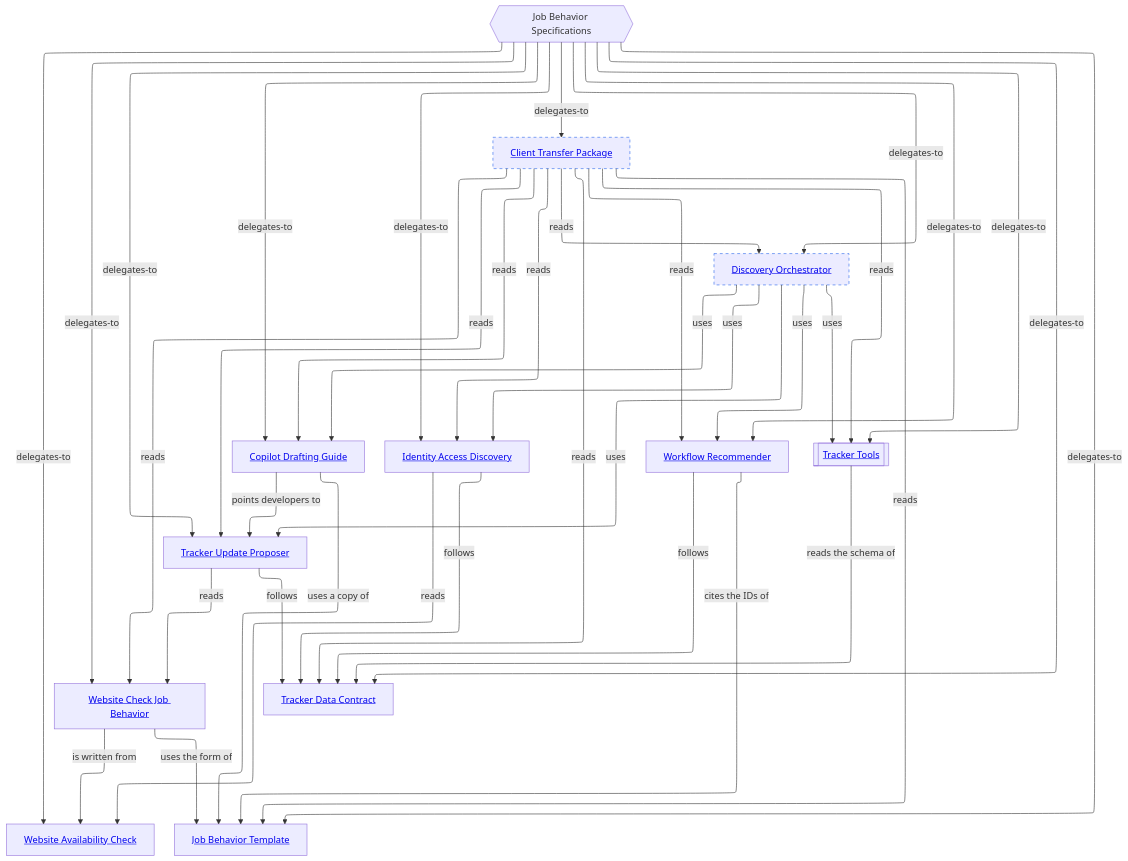
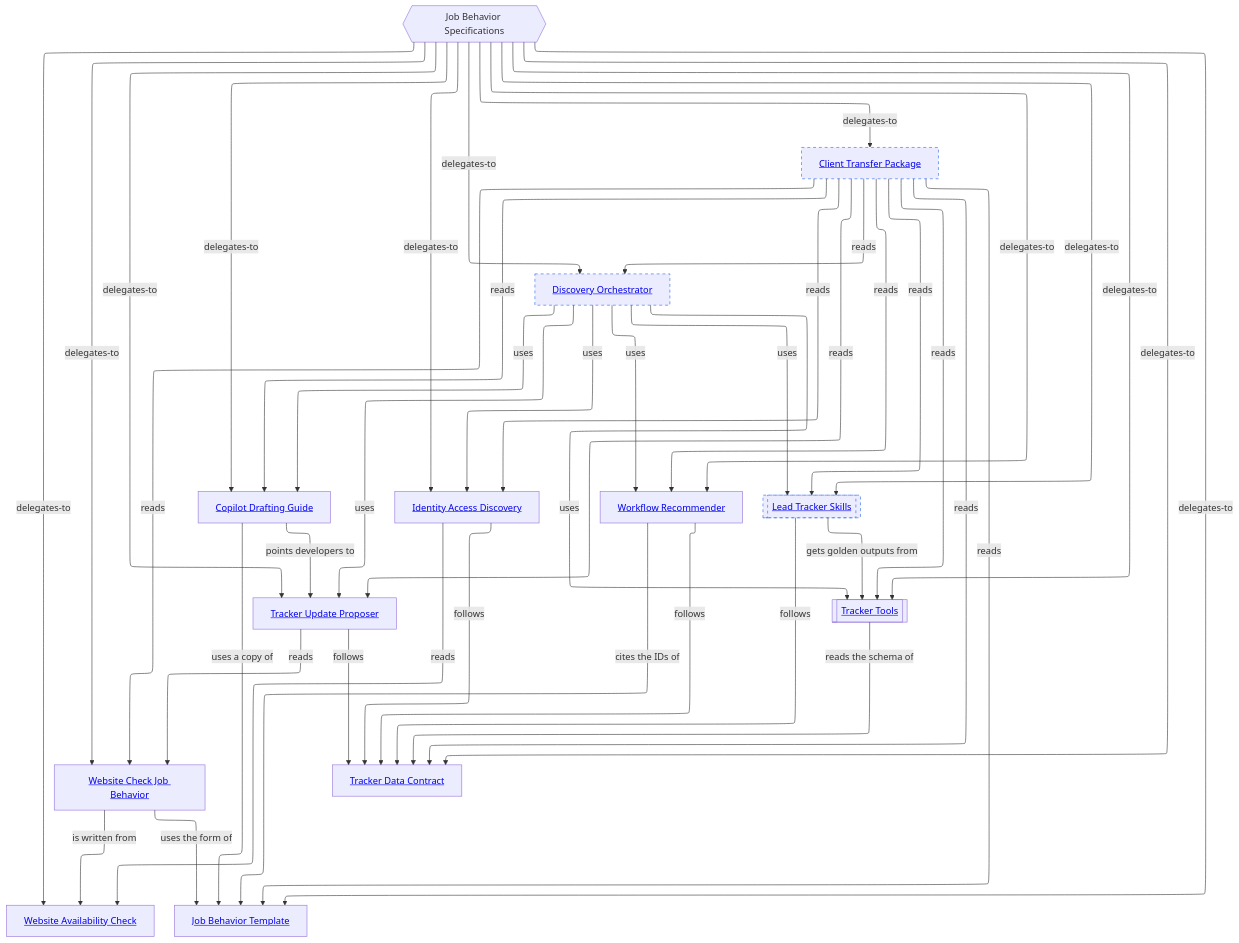
One commit to vrparthasarathy/migration-job-discovery changed the second of 2 diagrams in README.md. Above: the diagram before and after it, drawn with Mermaid. The commit also changed other lines of this file and 34 other files, not shown here.

Commit message:
Plan Lead Tracker Skills.

````diff
--- a/README.md
+++ b/README.md
@@ -140,57 +144,63 @@
 ```mermaid
 ---
 config:
   layout: elk
 ---
 %%{init: {"securityLevel": "loose"}}%%
 flowchart TB
   root{{"Job Behavior Specifications"}}
   check["<a href='website-availability-check/README.md#diagram'>Website Availability Check</a>"]
   tmpl["<a href='job-behavior-template/README.md#diagram'>Job Behavior Template</a>"]
   ref["<a href='website-check-job-behavior/README.md#diagram'>Website Check Job Behavior</a>"]
   guide["<a href='copilot-drafting-guide/README.md#diagram'>Copilot Drafting Guide</a>"]
   contract["<a href='tracker-data-contract/README.md#diagram'>Tracker Data Contract</a>"]
   proposer["<a href='tracker-update-proposer/README.md#diagram'>Tracker Update Proposer</a>"]
   access["<a href='identity-access-discovery/README.md#diagram'>Identity Access Discovery</a>"]
   recommender["<a href='workflow-recommender/README.md#diagram'>Workflow Recommender</a>"]
   tools[["<a href='tracker-tools/README.md#diagram'>Tracker Tools</a>"]]
   orch["<a href='discovery-orchestrator/README.md#planned-diagram'>Discovery Orchestrator</a>"]:::planned
   transfer["<a href='client-transfer-package/README.md#planned-diagram'>Client Transfer Package</a>"]:::planned
+  skills[["<a href='lead-tracker-skills/README.md#planned-diagram'>Lead Tracker Skills</a>"]]:::planned
   root -->|delegates-to| check
   root -->|delegates-to| tmpl
   root -->|delegates-to| ref
   root -->|delegates-to| guide
   root -->|delegates-to| contract
   root -->|delegates-to| proposer
   root -->|delegates-to| access
   root -->|delegates-to| recommender
   root -->|delegates-to| tools
   root -->|delegates-to| orch
   root -->|delegates-to| transfer
+  root -->|delegates-to| skills
   ref -->|"uses the form of"| tmpl
   ref -->|"is written from"| check
   guide -->|"uses a copy of"| tmpl
   guide -->|"points developers to"| proposer
   proposer -->|"follows"| contract
   access -->|"follows"| contract
   recommender -->|"follows"| contract
   tools -->|"reads the schema of"| contract
   proposer -->|"reads"| ref
   access -->|"reads"| check
   recommender -->|"cites the IDs of"| tmpl
   orch -->|"uses"| proposer
   orch -->|"uses"| access
   orch -->|"uses"| guide
   orch -->|"uses"| recommender
   orch -->|"uses"| tools
   transfer -->|"reads"| guide
   transfer -->|"reads"| proposer
   transfer -->|"reads"| access
   transfer -->|"reads"| recommender
   transfer -->|"reads"| orch
   transfer -->|"reads"| contract
   transfer -->|"reads"| tools
   transfer -->|"reads"| tmpl
   transfer -->|"reads"| ref
+  transfer -->|"reads"| skills
+  skills -->|"follows"| contract
+  skills -->|"gets golden outputs from"| tools
+  orch -->|"uses"| skills
   classDef planned stroke-dasharray: 5 5,stroke:#2563eb
 ```
````
